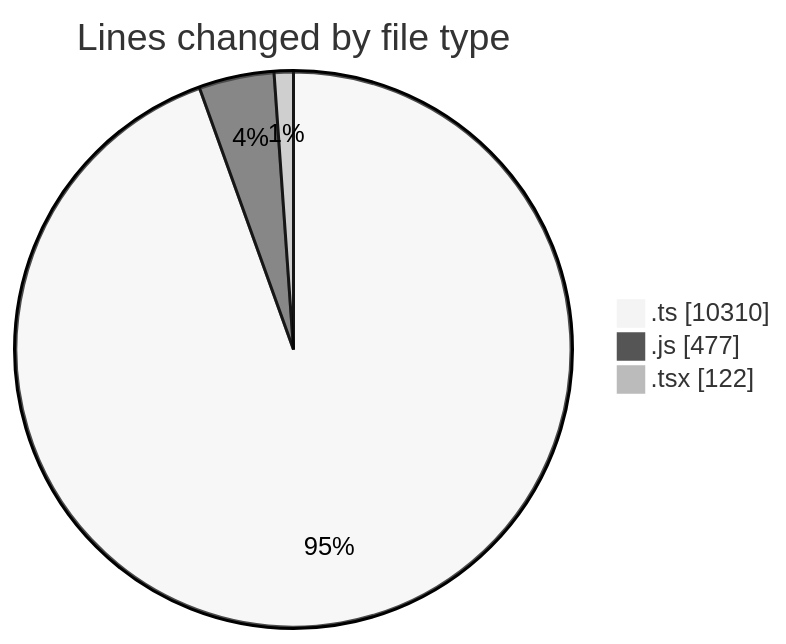
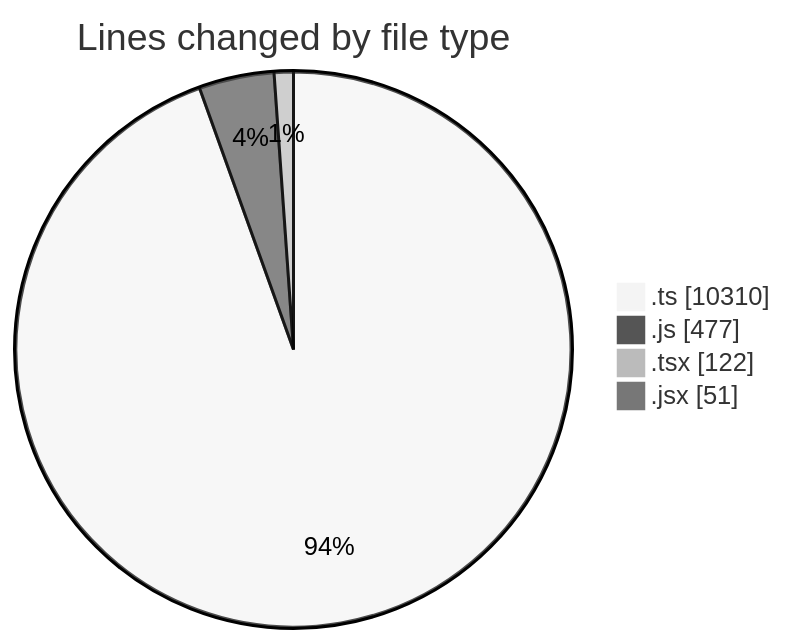
One commit to momahboobian/code-tracking changed the first of 2 diagrams in 2025-11-12/cda/README.md. Above: the diagram before and after it, drawn with Mermaid (neutral theme). The commit also changed other lines of this file and 1 other file, not shown here.

````diff
--- a/2025-11-12/cda/README.md
+++ b/2025-11-12/cda/README.md
@@ -28,7 +29,8 @@
 ```mermaid
 pie showData
 title Lines changed by file type
 ".ts" : 10310
 ".js" : 477
 ".tsx" : 122
+".jsx" : 51
 ```
````
